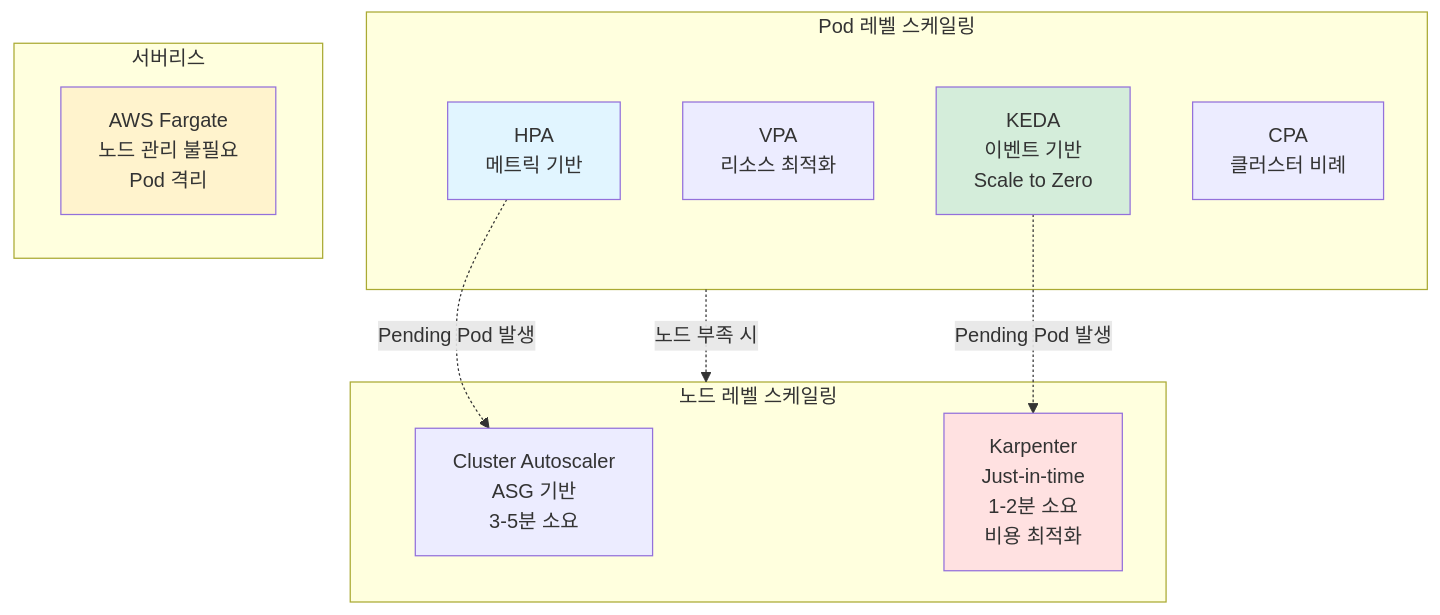
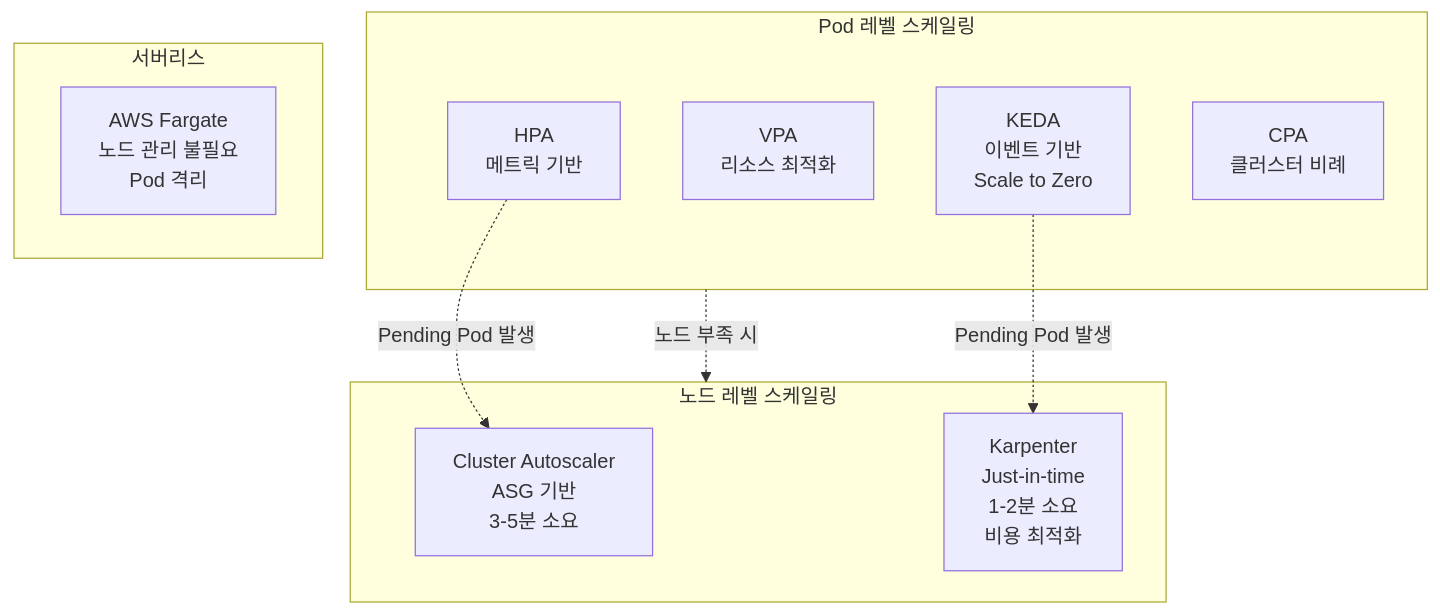
One commit to juwon8891/juwon8891.github.io changed the seventh of 7 diagrams in docs/eks/week3-scaling.md. Above: the diagram before and after it, drawn with Mermaid. The commit also changed other lines of this file and 18 other files, not shown here.

Commit message:
Remove bright colors from Mermaid diagrams for dark mode compatibility

````diff
--- a/docs/eks/week3-scaling.md
+++ b/docs/eks/week3-scaling.md
@@ -442,28 +427,24 @@
 ```mermaid
 graph TB
     subgraph Pod_Level["Pod 레벨 스케일링"]
         HPA["HPA<br/>메트릭 기반"]
         VPA["VPA<br/>리소스 최적화"]
         KEDA["KEDA<br/>이벤트 기반<br/>Scale to Zero"]
         CPA["CPA<br/>클러스터 비례"]
     end
 
     subgraph Node_Level["노드 레벨 스케일링"]
         CAS["Cluster Autoscaler<br/>ASG 기반<br/>3-5분 소요"]
         Karpenter["Karpenter<br/>Just-in-time<br/>1-2분 소요<br/>비용 최적화"]
     end
 
     subgraph Serverless["서버리스"]
         Fargate["AWS Fargate<br/>노드 관리 불필요<br/>Pod 격리"]
     end
 
     HPA -.->|Pending Pod 발생| CAS
     KEDA -.->|Pending Pod 발생| Karpenter
 
     Pod_Level -.->|노드 부족 시| Node_Level
 
-    style HPA fill:#e1f5ff
-    style KEDA fill:#d4edda
-    style Karpenter fill:#ffe1e1
-    style Fargate fill:#fff3cd
 ```
````
